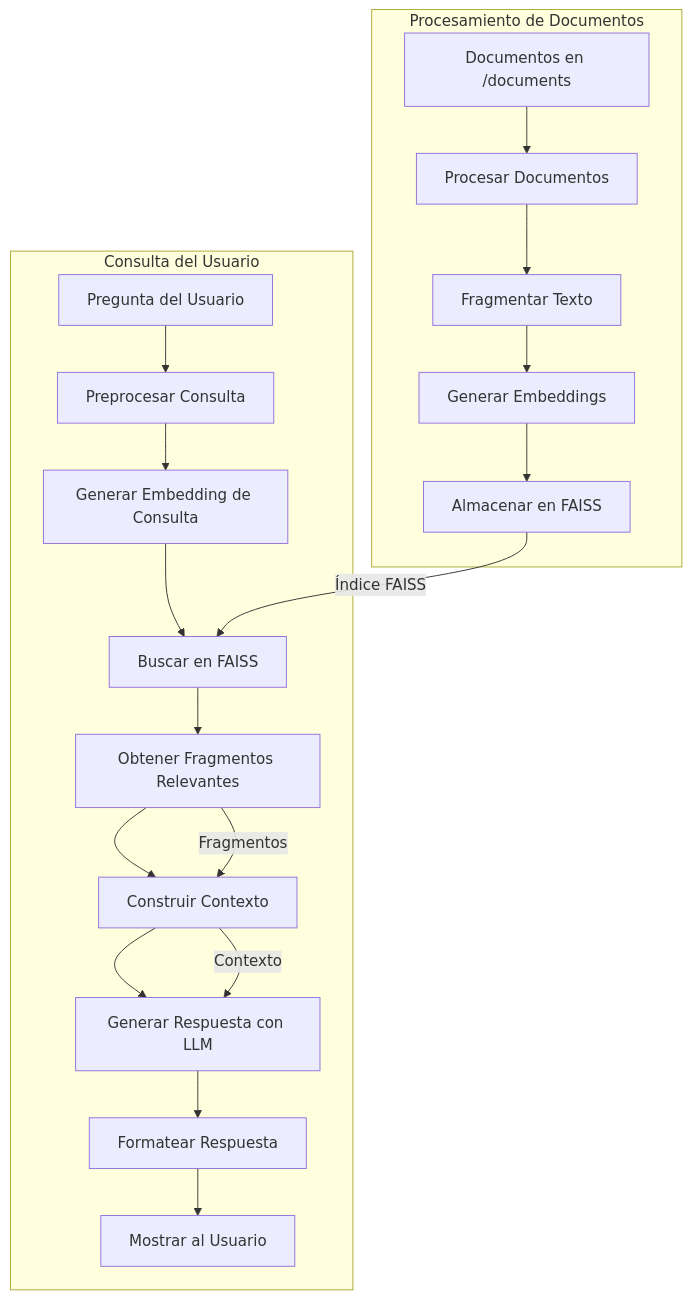
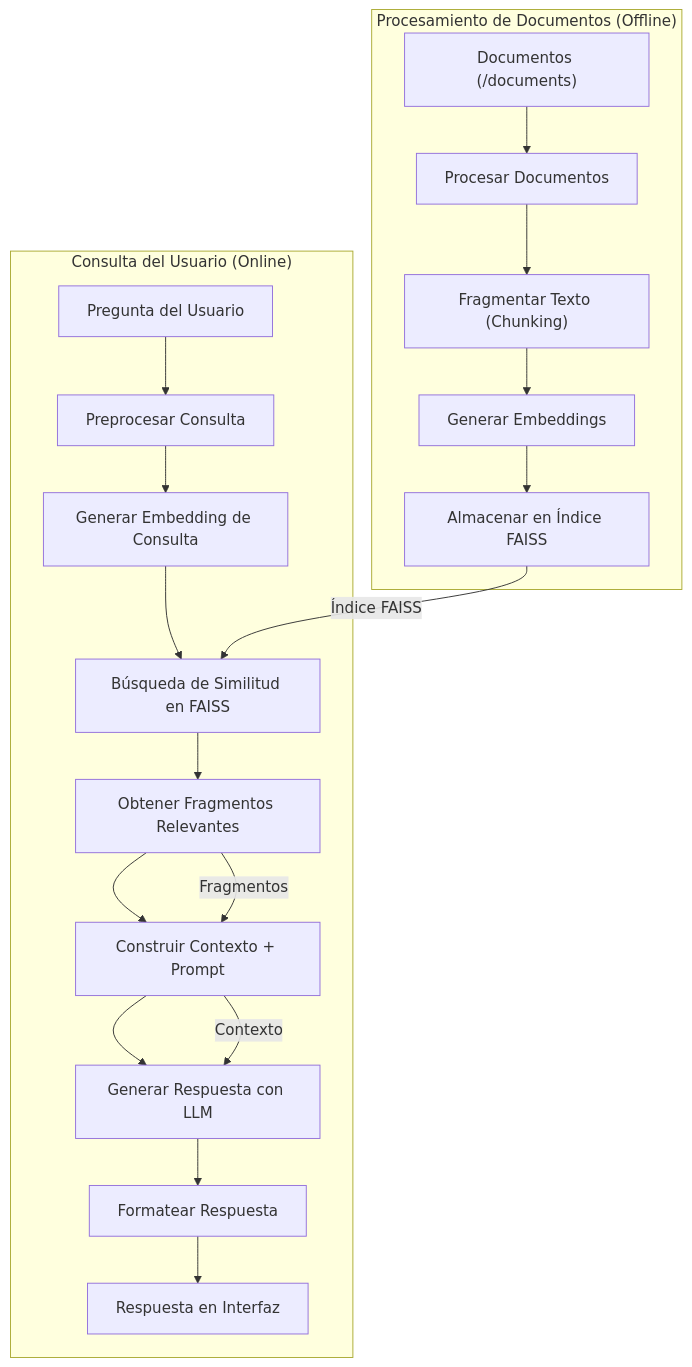
The first of 2 diagrams in README.md (Milton421/PocketFlow-Assistant), drawn with Mermaid before and after one commit. The commit also changed other lines of this file, not shown here.

````diff
--- a/README.md
+++ b/README.md
@@ -42,27 +63,27 @@
 ```mermaid
 flowchart TD
-    %% ===== OFFLINE: INDEXACIÓN =====
-    subgraph Offline[Procesamiento de Documentos]
-        A[Documentos en /documents] --> B[Procesar Documentos]
-        B --> C[Fragmentar Texto]
-        C --> D[Generar Embeddings]
-        D --> E[Almacenar en FAISS]
+    %% OFFLINE: INDEXACIÓN
+    subgraph Offline["Procesamiento de Documentos (Offline)"]
+        A["Documentos (/documents)"] --> B["Procesar Documentos"]
+        B --> C["Fragmentar Texto (Chunking)"]
+        C --> D["Generar Embeddings"]
+        D --> E["Almacenar en Índice FAISS"]
     end
 
-    %% ===== ONLINE: CONSULTA =====
-    subgraph Online[Consulta del Usuario]
-        F[Pregunta del Usuario] --> G[Preprocesar Consulta]
-        G --> H[Generar Embedding de Consulta]
-        H --> I[Buscar en FAISS]
-        I --> J[Obtener Fragmentos Relevantes]
-        J --> K[Construir Contexto]
-        K --> L[Generar Respuesta con LLM]
-        L --> M[Formatear Respuesta]
-        M --> N[Mostrar al Usuario]
+    %% ONLINE: CONSULTA
+    subgraph Online["Consulta del Usuario (Online)"]
+        F["Pregunta del Usuario"] --> G["Preprocesar Consulta"]
+        G --> H["Generar Embedding de Consulta"]
+        H --> I["Búsqueda de Similitud en FAISS"]
+        I --> J["Obtener Fragmentos Relevantes"]
+        J --> K["Construir Contexto + Prompt"]
+        K --> L["Generar Respuesta con LLM"]
+        L --> M["Formatear Respuesta"]
+        M --> N["Respuesta en Interfaz"]
     end
 
-    %% CONEXIONES ENTRE COMPONENTES
+    %% CONEXIÓN DE ÍNDICE
     E -->|Índice FAISS| I
     J -->|Fragmentos| K
     K -->|Contexto| L
 ```
````
